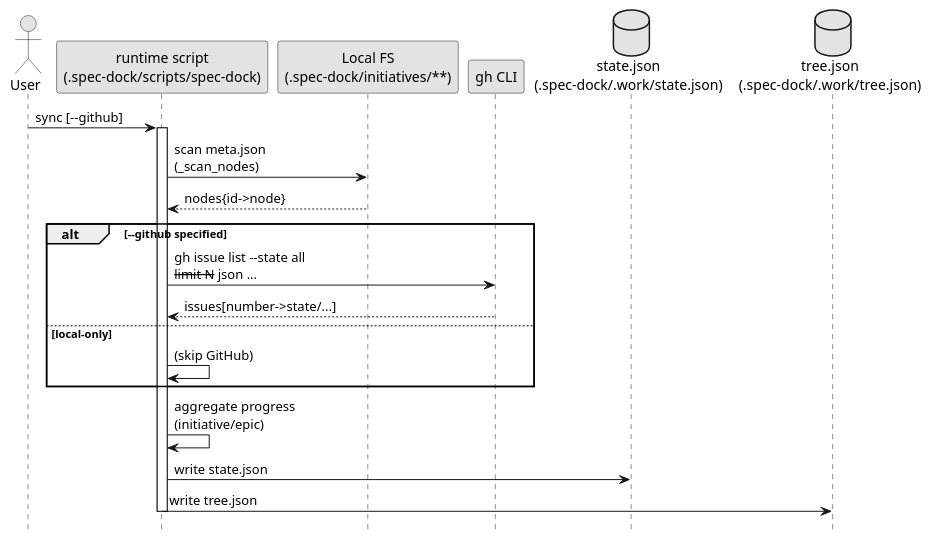
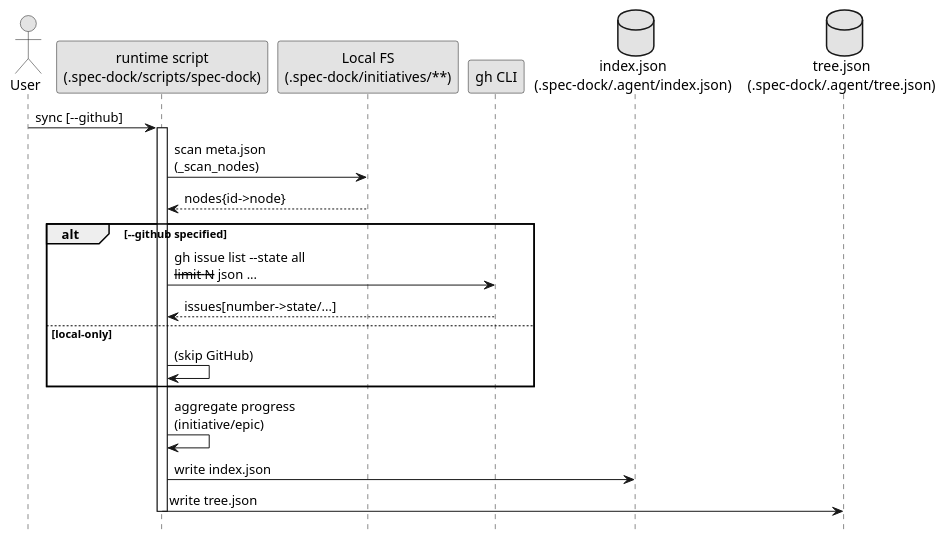
The diagram in src/spec_dock/assets/spec_dock/docs/sync.md (chemitaro/spec-dock), drawn with PlantUML before and after one commit. The commit also changed other lines of this file and 13 other files, not shown here.

Commit message:
chore: 生成状態を .agent に移行 - 純粋な SSOT/index/tree の書き出し先を`.spec-dock/.agent/`に変更し、旧`.work/`の遺物は読み込み後削除 - README/ドキュメント/スクリプト/テストを新しいディレクトリ構成と用語に合わせて更新

````diff
--- a/src/spec_dock/assets/spec_dock/docs/sync.md
+++ b/src/spec_dock/assets/spec_dock/docs/sync.md
@@ -42,32 +42,32 @@
 ```plantuml
 @startuml
 skinparam monochrome true
 hide footbox
 
 actor User
 participant "runtime script\n(.spec-dock/scripts/spec-dock)" as Script
 participant "Local FS\n(.spec-dock/initiatives/**)" as FS
 participant "gh CLI" as GH
-database "state.json\n(.spec-dock/.work/state.json)" as State
-database "tree.json\n(.spec-dock/.work/tree.json)" as Tree
+database "index.json\n(.spec-dock/.agent/index.json)" as State
+database "tree.json\n(.spec-dock/.agent/tree.json)" as Tree
 
 User -> Script: sync [--github]
 activate Script
 
 Script -> FS: scan meta.json\n(_scan_nodes)
 FS --> Script: nodes{id->node}
 
 alt --github specified
   Script -> GH: gh issue list --state all\n--limit N --json ...
   GH --> Script: issues[number->state/...]
 else local-only
   Script -> Script: (skip GitHub)
 end
 
 Script -> Script: aggregate progress\n(initiative/epic)
-Script -> State: write state.json
+Script -> State: write index.json
 Script -> Tree: write tree.json
 
 deactivate Script
 @enduml
 ```
````
